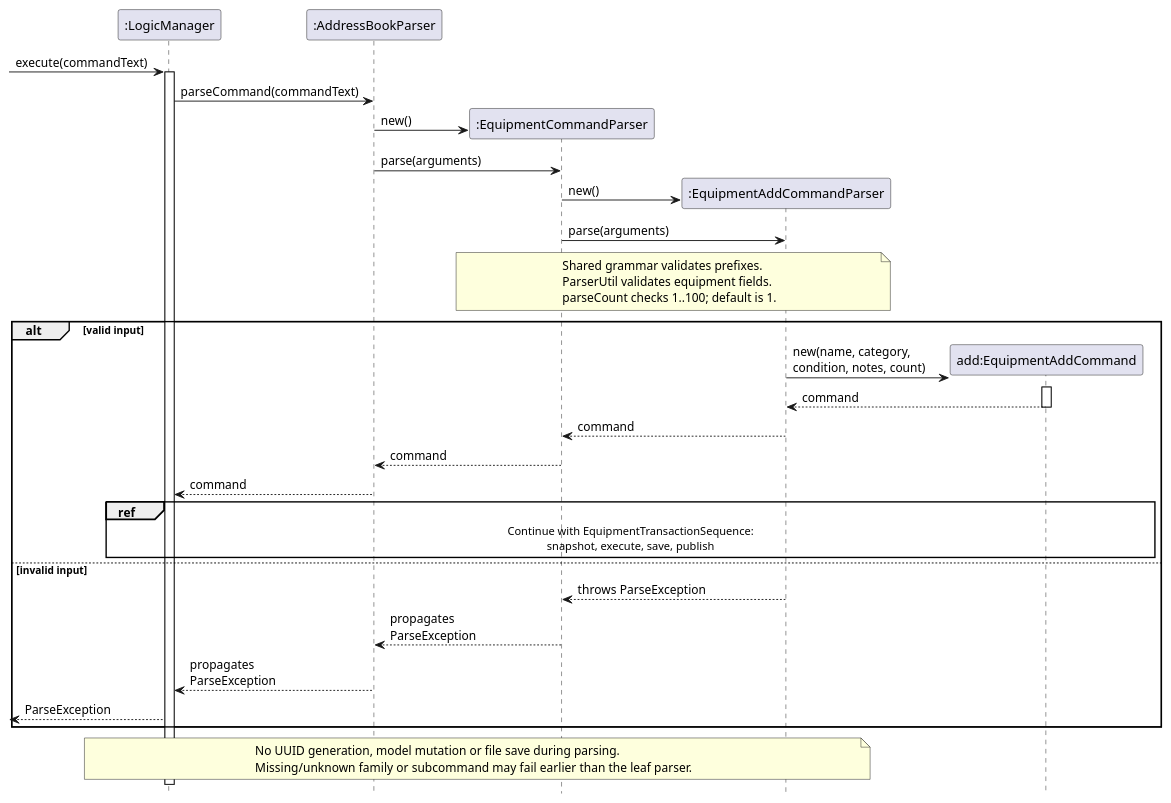
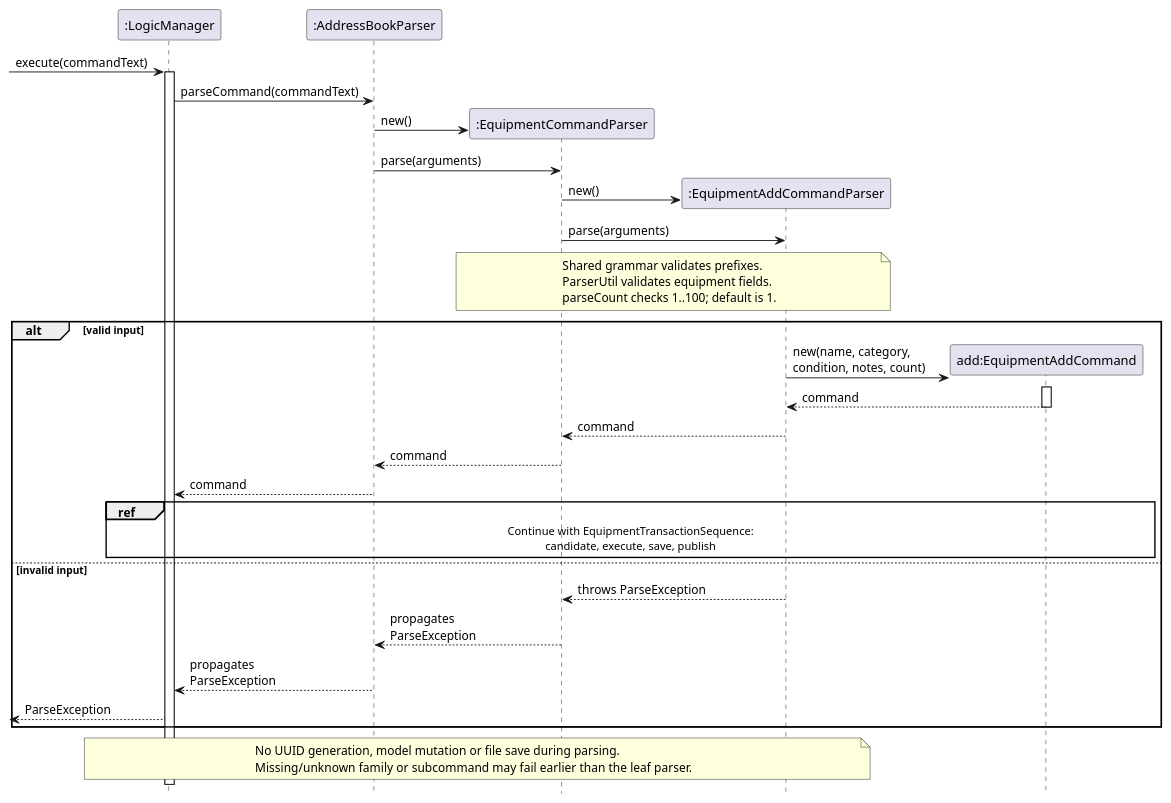
The diagram in diagrams/EquipmentAddSequence.puml (AY2627S1-CS2103T-F15-2/tp), drawn with PlantUML before and after one commit. The commit also changed 103 other files, not shown here.

```diff
--- a/diagrams/EquipmentAddSequence.puml
+++ b/diagrams/EquipmentAddSequence.puml
@@ -1,51 +1,51 @@
 @startuml
 skinparam shadowing false
 skinparam defaultFontName Arial
 hide footbox
 skinparam maxMessageSize 150
 skinparam ParticipantPadding 10
 
 participant ":LogicManager" as logic
 participant ":AddressBookParser" as root
 participant ":EquipmentCommandParser" as family
 participant ":EquipmentAddCommandParser" as leaf
 
 [-> logic : execute(commandText)
 activate logic
 logic -> root : parseCommand(commandText)
 create family
 root -> family : new()
 root -> family : parse(arguments)
 create leaf
 family -> leaf : new()
 family -> leaf : parse(arguments)
 note over family, leaf
   Shared grammar validates prefixes.
   ParserUtil validates equipment fields.
   parseCount checks 1..100; default is 1.
 end note
 alt valid input
   create participant "add:EquipmentAddCommand" as command
   leaf -> command : new(name, category,\ncondition, notes, count)
   activate command
   command --> leaf : command
   deactivate command
   leaf --> family : command
   family --> root : command
   root --> logic : command
   ref over logic, command
     Continue with EquipmentTransactionSequence:
-    snapshot, execute, save, publish
+    candidate, execute, save, publish
   end ref
 else invalid input
   leaf --> family : throws ParseException
   family --> root : propagates ParseException
   root --> logic : propagates ParseException
   [<-- logic : ParseException
 end
 note over logic, leaf
   No UUID generation, model mutation or file save during parsing.
   Missing/unknown family or subcommand may fail earlier than the leaf parser.
 end note
 deactivate logic
 @enduml
```
